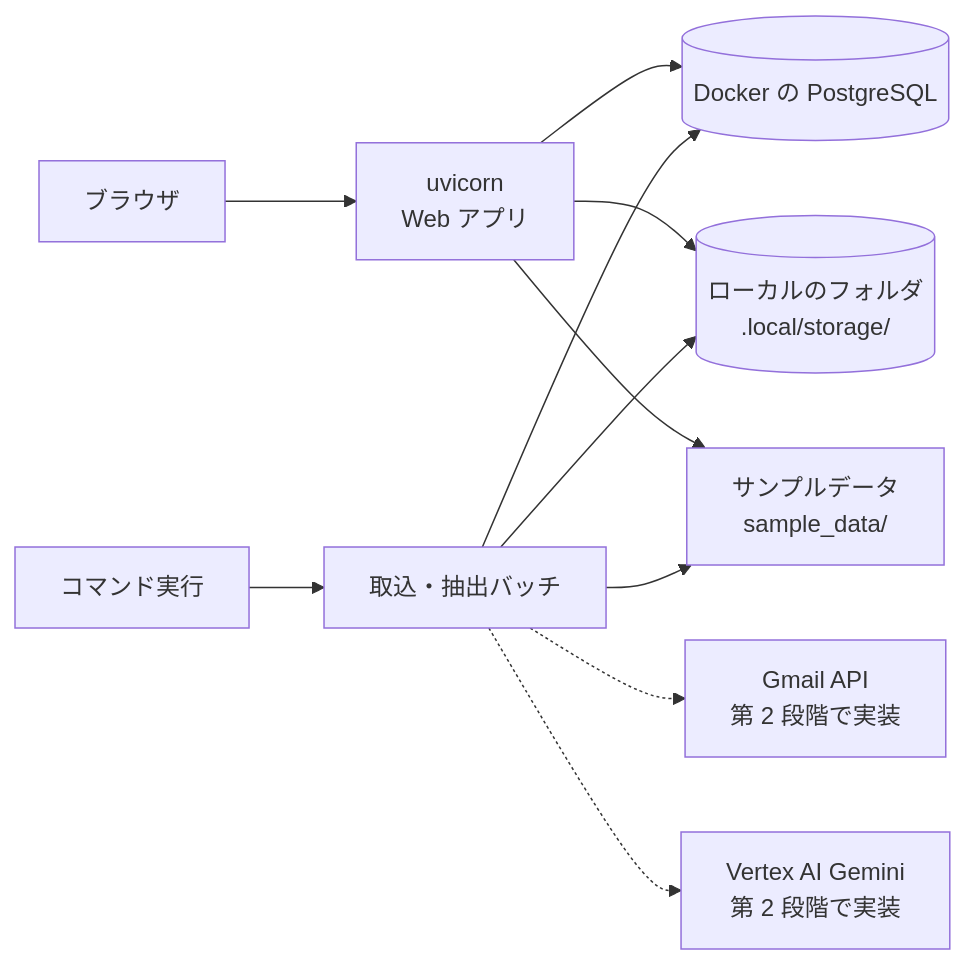
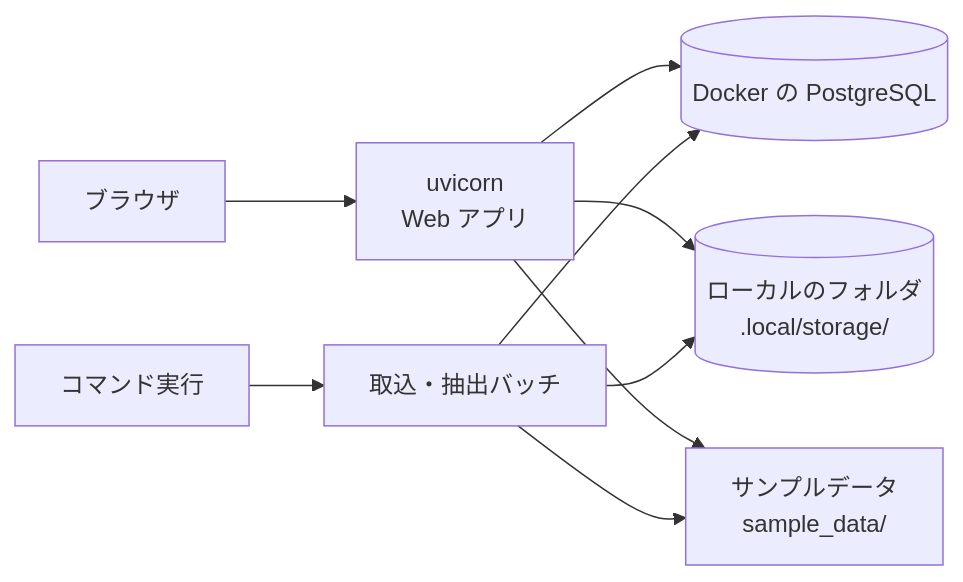
Before and after one commit to Sooohei/billing_automation_lab: the second of 2 diagrams in docs/design/architecture.md, drawn with Mermaid. The commit also changed other lines of this file and 11 other files, not shown here.

````diff
--- a/docs/design/architecture.md
+++ b/docs/design/architecture.md
@@ -114,13 +114,11 @@
 ```mermaid
 flowchart LR
     User[ブラウザ] --> App[uvicorn<br>Web アプリ]
     Cmd[コマンド実行] --> Batch[取込・抽出バッチ]
     App --> PG[(Docker の PostgreSQL)]
     Batch --> PG
     App --> Files[(ローカルのフォルダ<br>.local/storage/)]
     Batch --> Files
     App --> Sample[サンプルデータ<br>sample_data/]
     Batch --> Sample
-    Batch -.-> Gmail[Gmail API<br>第 2 段階で実装]
-    Batch -.-> Gemini[Vertex AI Gemini<br>第 2 段階で実装]
 ```
````
